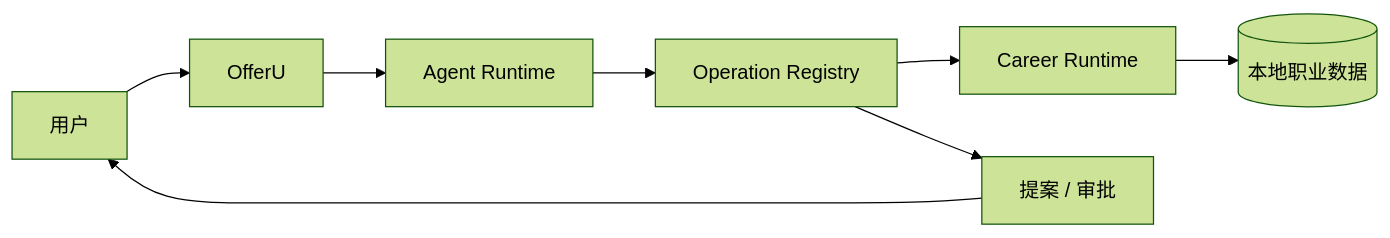
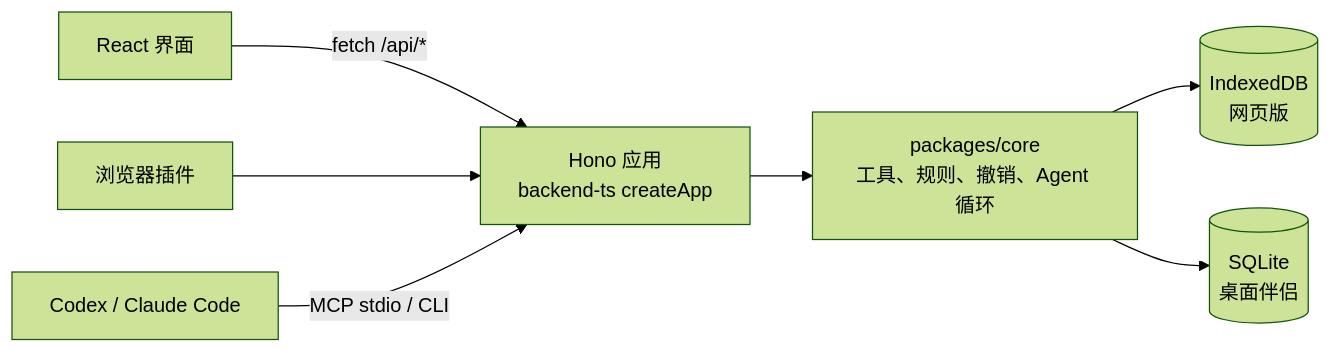
Before and after one commit to avabbbb/OfferU: the diagram in README_ZH.md, drawn with Mermaid (forest theme). The commit also changed other lines of this file and 2 other files, not shown here.

Commit message:
docs(readme): architecture, stack, getting started and release status for the TS backend, web version on Cloudflare and desktop companion

````diff
--- a/README_ZH.md
+++ b/README_ZH.md
@@ -284,10 +284,9 @@
 ```mermaid
 flowchart LR
-    U[用户] --> UI[OfferU]
-    UI --> A[Agent Runtime]
-    A --> O[Operation Registry]
-    O --> C[Career Runtime]
-    O --> P[提案 / 审批]
-    P --> U
-    C --> D[(本地职业数据)]
+    UI[React 界面] -->|fetch /api/*| APP[Hono 应用<br/>backend-ts createApp]
+    EXT[浏览器插件] --> APP
+    AG[Codex / Claude Code] -->|MCP stdio / CLI| APP
+    APP --> CORE[packages/core<br/>工具、规则、撤销、Agent 循环]
+    CORE --> IDB[(IndexedDB<br/>网页版)]
+    CORE --> SQL[(SQLite<br/>桌面伴侣)]
 ```
````
